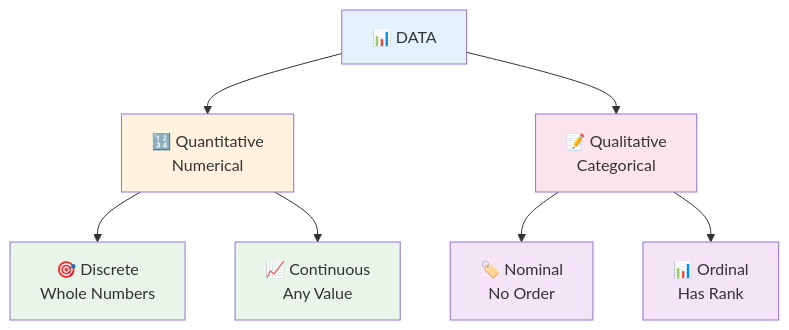
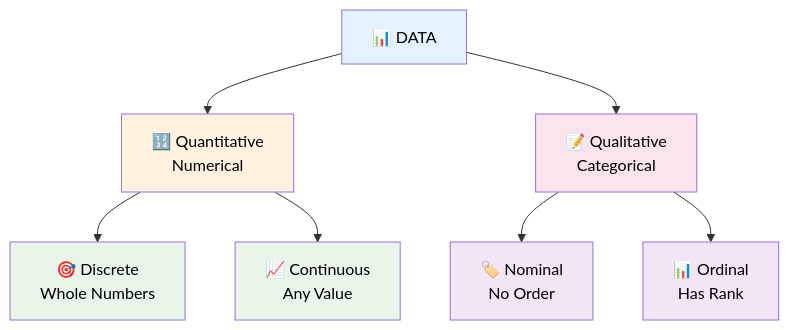
One commit to siddharthkumarrai/Statics changed the fifth of 6 diagrams in README.md. Above: the diagram before and after it, drawn with Mermaid. The commit also changed other lines of this file, not shown here.

````diff
--- a/README.md
+++ b/README.md
@@ -122,19 +122,19 @@
 ```mermaid
 graph TD
     A[📊 DATA] --> B[🔢 Quantitative<br/>Numerical]
     A --> C[📝 Qualitative<br/>Categorical]
 
     B --> D[🎯 Discrete<br/>Whole Numbers]
     B --> E[📈 Continuous<br/>Any Value]
 
     C --> F[🏷️ Nominal<br/>No Order]
     C --> G[📊 Ordinal<br/>Has Rank]
 
-    style A fill:#e3f2fd
-    style B fill:#fff3e0
-    style C fill:#fce4ec
-    style D fill:#e8f5e8
-    style E fill:#e8f5e8
-    style F fill:#f3e5f5
-    style G fill:#f3e5f5
+    style A fill:#e3f2fd,color:#000
+    style B fill:#fff3e0,color:#000
+    style C fill:#fce4ec,color:#000
+    style D fill:#e8f5e8,color:#000
+    style E fill:#e8f5e8,color:#000
+    style F fill:#f3e5f5,color:#000
+    style G fill:#f3e5f5,color:#000
 ```
````
